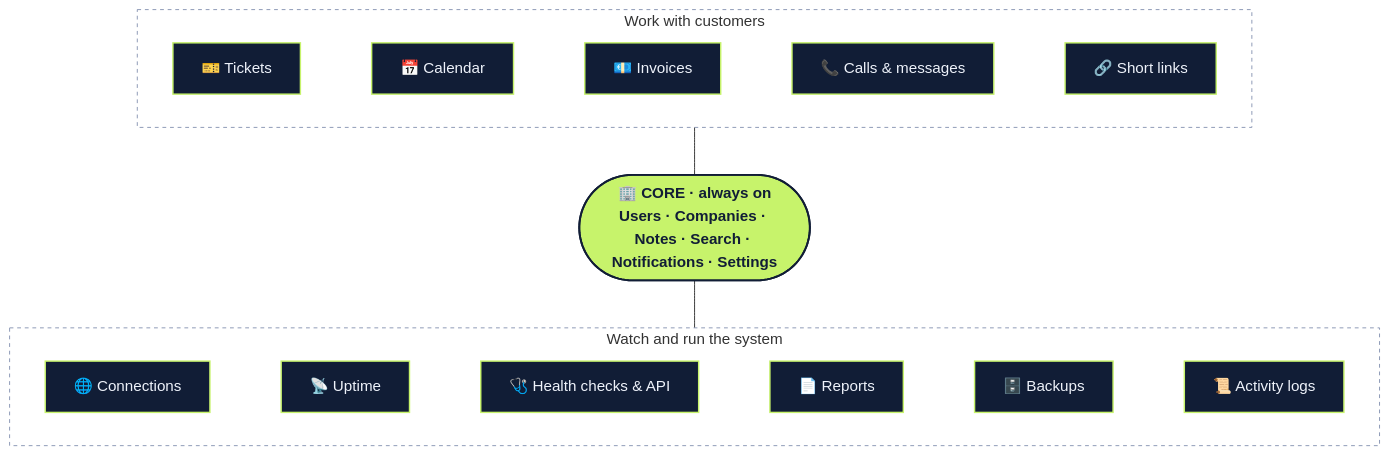
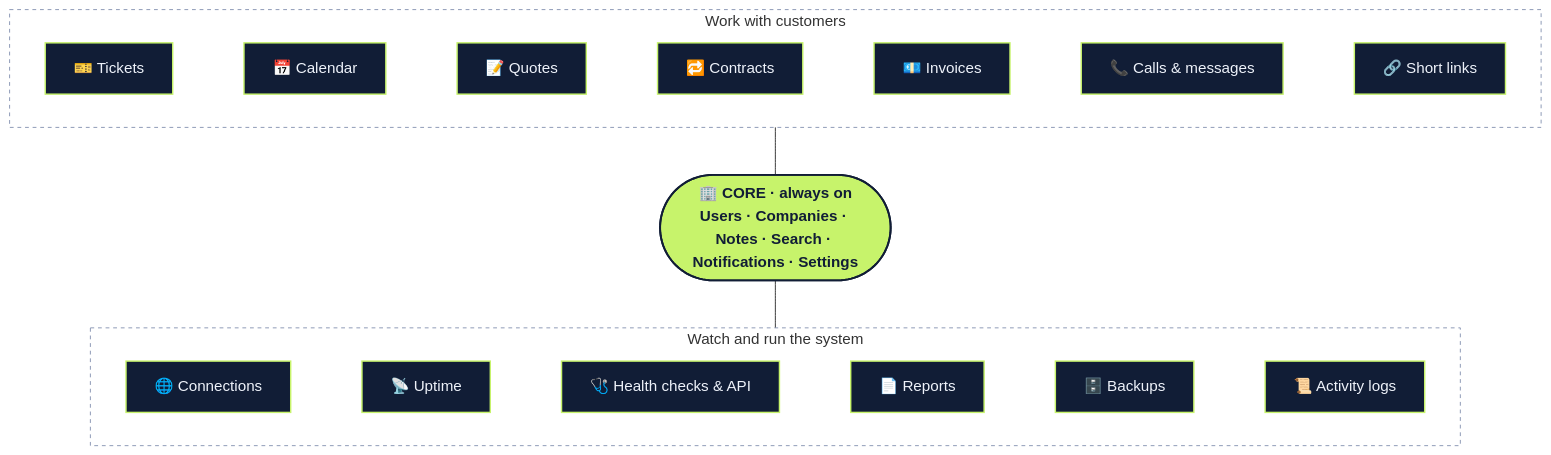
The diagram in README.md (Koprmalak212/CRM-System), drawn with Mermaid before and after one commit. The commit also changed other lines of this file and 48 other files, not shown here.

First line of the commit message:
Contracts, quotes, SLA and email to ticket

````diff
--- a/README.md
+++ b/README.md
@@ -45,19 +45,19 @@
 ```mermaid
 flowchart TB
     subgraph work [" Work with customers "]
         direction LR
-        tickets["🎫 Tickets"] ~~~ calendar["📅 Calendar"] ~~~ invoices["💶 Invoices"] ~~~ calls["📞 Calls & messages"] ~~~ links["🔗 Short links"]
+        tickets["🎫 Tickets"] ~~~ calendar["📅 Calendar"] ~~~ quotes["📝 Quotes"] ~~~ contracts["🔁 Contracts"] ~~~ invoices["💶 Invoices"] ~~~ calls["📞 Calls & messages"] ~~~ links["🔗 Short links"]
     end
     core(["🏢 CORE · always on<br/>Users · Companies · Notes · Search · Notifications · Settings"])
     subgraph ops [" Watch and run the system "]
         direction LR
         connections["🌐 Connections"] ~~~ uptime["📡 Uptime"] ~~~ health["🩺 Health checks & API"] ~~~ reports["📄 Reports"] ~~~ backups["🗄️ Backups"] ~~~ logs["📜 Activity logs"]
     end
     work --- core --- ops
     classDef core fill:#C7F36B,stroke:#111D36,stroke-width:2px,color:#111D36,font-weight:bold
     classDef mod fill:#111D36,stroke:#C7F36B,stroke-width:1.5px,color:#EEF2FA
     class core core
-    class tickets,calendar,invoices,calls,links,connections,uptime,health,reports,backups,logs mod
+    class tickets,calendar,quotes,contracts,invoices,calls,links,connections,uptime,health,reports,backups,logs mod
     style work fill:transparent,stroke:#8A96B4,stroke-dasharray:4 4
     style ops fill:transparent,stroke:#8A96B4,stroke-dasharray:4 4
 ```
````
